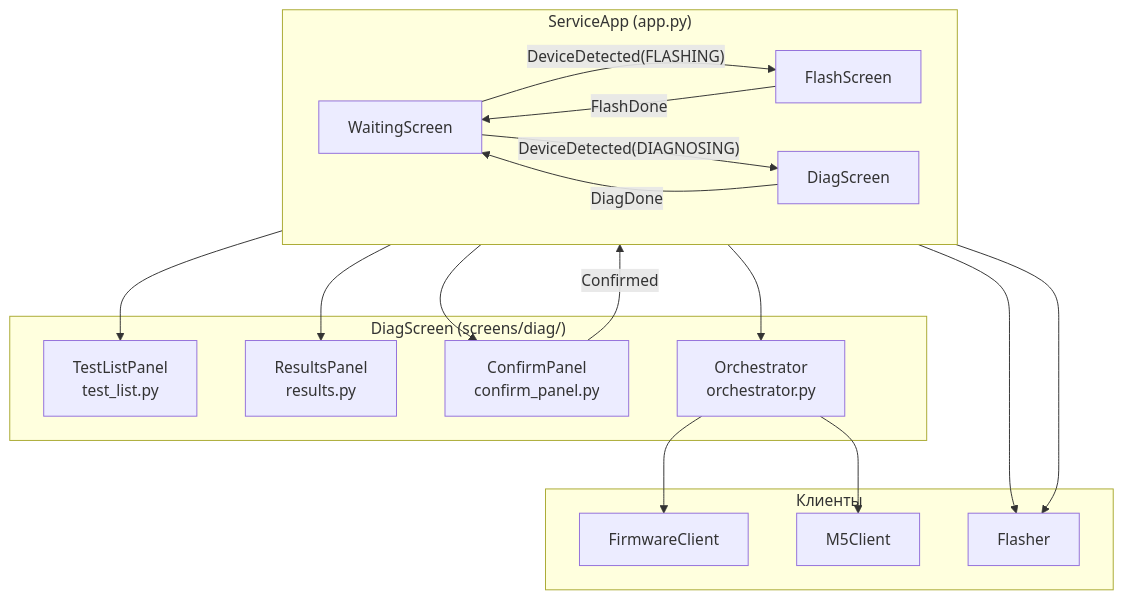
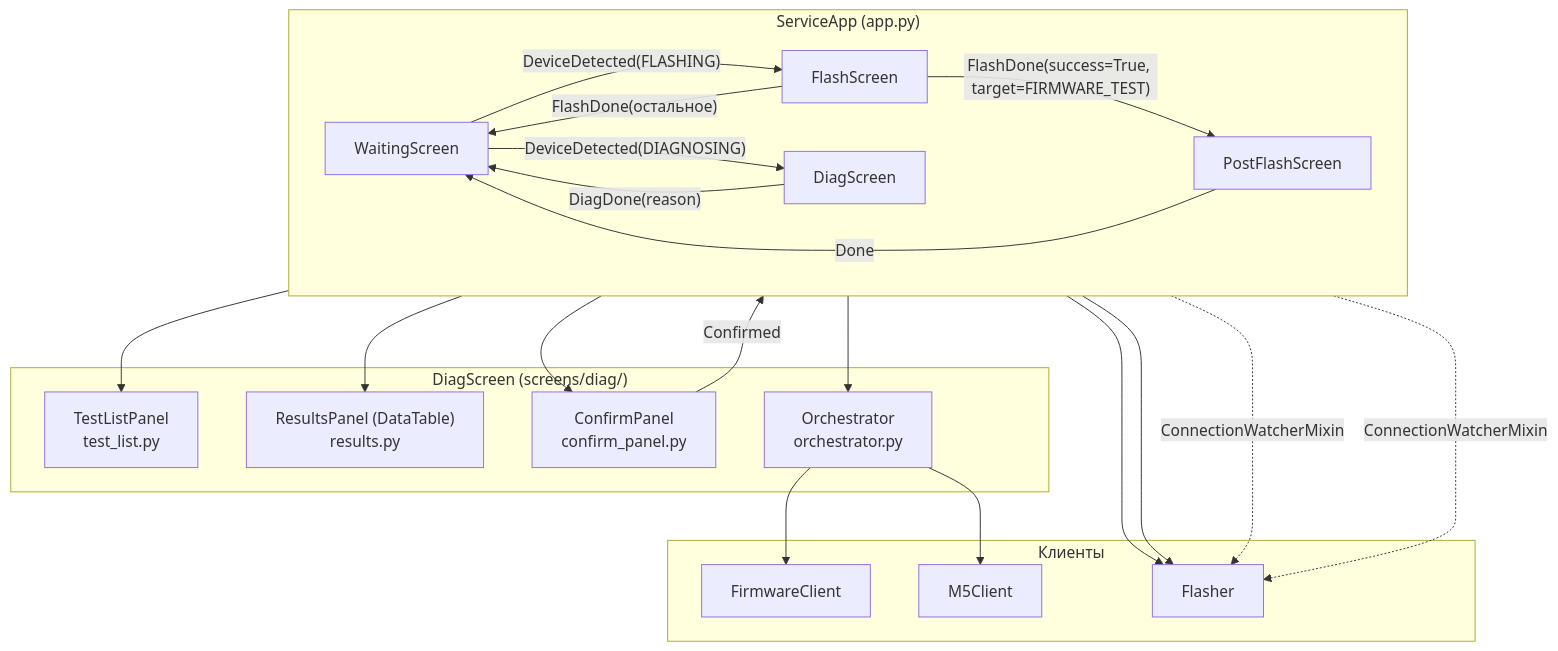
Before and after one commit to OSabuser/tft_manufacture_test: the fourth of 5 diagrams in tools/production/README.md, drawn with Mermaid. The commit also changed other lines of this file and 2 other files, not shown here.

Commit message:
# firmware_test: TUI app m5_client fixed

````diff
--- a/tools/production/README.md
+++ b/tools/production/README.md
@@ -484,37 +245,43 @@
 ```mermaid
 graph TB
     subgraph ServiceApp["ServiceApp (app.py)"]
         direction LR
         WS["WaitingScreen"]
         FS["FlashScreen"]
+        PF["PostFlashScreen"]
         DS["DiagScreen"]
     end
 
     subgraph DiagInternals["DiagScreen (screens/diag/)"]
         TL["TestListPanel\ntest_list.py"]
-        RP["ResultsPanel\nresults.py"]
+        RP["ResultsPanel (DataTable)\nresults.py"]
         CP["ConfirmPanel\nconfirm_panel.py"]
         OR["Orchestrator\norchestrator.py"]
     end
 
     subgraph Clients["Клиенты"]
         FC["FirmwareClient"]
         M5["M5Client"]
         FL["Flasher"]
     end
 
     WS -->|"DeviceDetected(FLASHING)"| FS
     WS -->|"DeviceDetected(DIAGNOSING)"| DS
-    FS -->|"FlashDone"| WS
-    DS -->|"DiagDone"| WS
+    FS -->|"FlashDone(success=True, target=FIRMWARE_TEST)"| PF
+    FS -->|"FlashDone(остальное)"| WS
+    PF -->|"Done"| WS
+    DS -->|"DiagDone(reason)"| WS
 
     FS --> FL
     DS --> OR
     DS --> TL
     DS --> RP
     DS --> CP
     CP -->|"Confirmed"| DS
     OR --> FC
     OR --> M5
     WS --> FL
+
+    FS -.->|"ConnectionWatcherMixin"| FL
+    DS -.->|"ConnectionWatcherMixin"| FL
 ```
````
